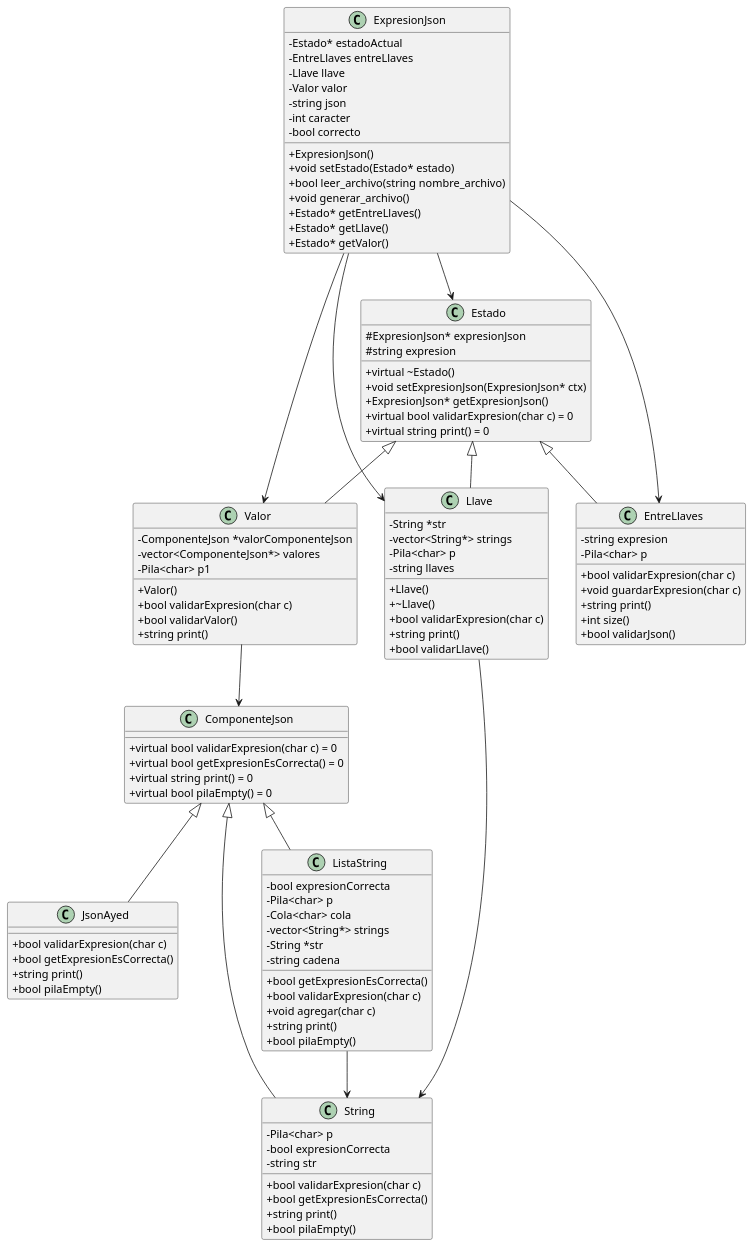
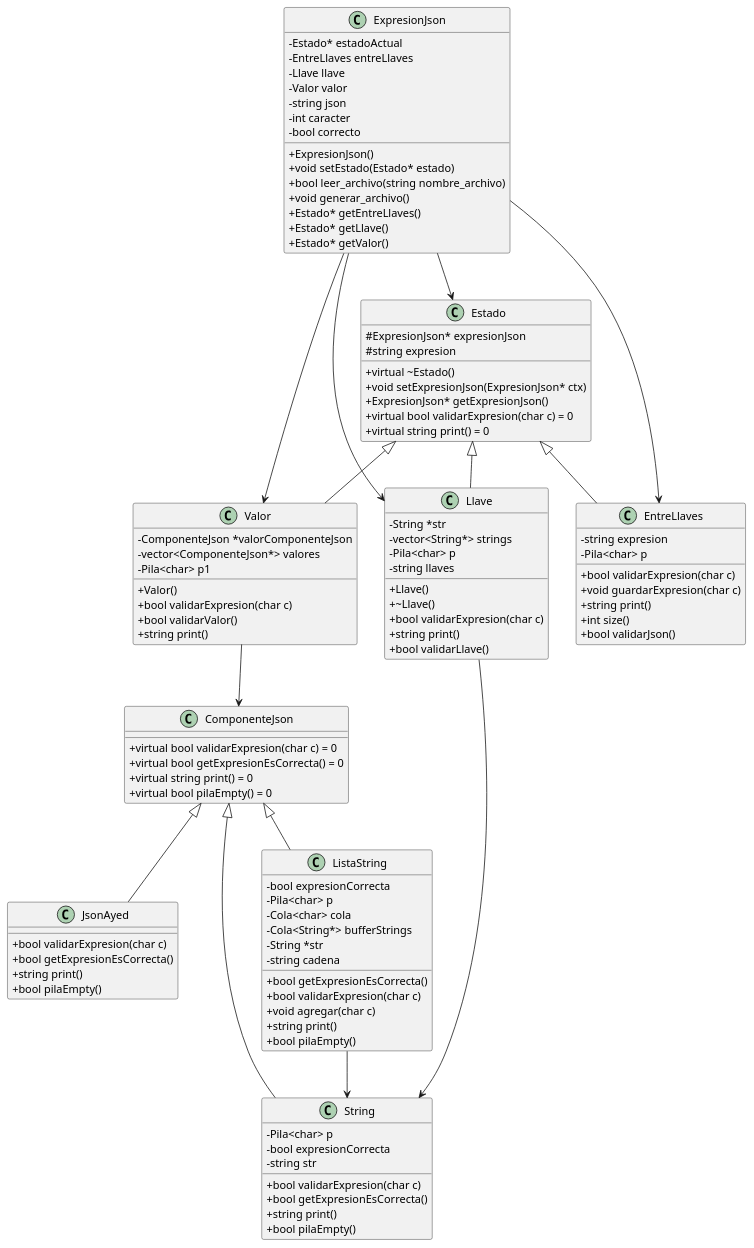
Before and after one commit to Fede108/Algoritmos-y-estructura-de-Datos: the diagram in Primer_Parcial/diagrama.puml, drawn with PlantUML. The commit also changed 17 other files, not shown here.

```diff
--- a/Primer_Parcial/diagrama.puml
+++ b/Primer_Parcial/diagrama.puml
@@ -1,114 +1,114 @@
 @startuml diagrama
 skinparam classAttributeIconSize 0
 
 class ComponenteJson {
     +virtual bool validarExpresion(char c) = 0
     +virtual bool getExpresionEsCorrecta() = 0
     +virtual string print() = 0
     +virtual bool pilaEmpty() = 0
 }
 
 class JsonAyed {
     +bool validarExpresion(char c)
     +bool getExpresionEsCorrecta()
     +string print()
     +bool pilaEmpty()
 }
 
 class String {
     -Pila<char> p
     -bool expresionCorrecta
     -string str
     +bool validarExpresion(char c)
     +bool getExpresionEsCorrecta()
     +string print()
     +bool pilaEmpty()
 }
 
 class ListaString {
     -bool expresionCorrecta
     -Pila<char> p
     -Cola<char> cola
-    -vector<String*> strings
+    -Cola<String*> bufferStrings
     -String *str
     -string cadena
     +bool getExpresionEsCorrecta()
     +bool validarExpresion(char c)
     +void agregar(char c)
     +string print()
     +bool pilaEmpty()
 }
 
 class Estado {
     #ExpresionJson* expresionJson
     #string expresion
     +virtual ~Estado()
     +void setExpresionJson(ExpresionJson* ctx)
     +ExpresionJson* getExpresionJson()
     +virtual bool validarExpresion(char c) = 0
     +virtual string print() = 0
 }
 
 class EntreLlaves {
     -string expresion
     -Pila<char> p
     +bool validarExpresion(char c)
     +void guardarExpresion(char c)
     +string print()
     +int size()
     +bool validarJson()
 }
 
 class Llave {
     -String *str
     -vector<String*> strings
     -Pila<char> p
     -string llaves
     +Llave()
     +~Llave()
     +bool validarExpresion(char c)
     +string print()
     +bool validarLlave()
 }
 
 class Valor {
     -ComponenteJson *valorComponenteJson
     -vector<ComponenteJson*> valores
     -Pila<char> p1
     +Valor()
     +bool validarExpresion(char c)
     +bool validarValor()
     +string print()
 }
 
 class ExpresionJson {
     -Estado* estadoActual
     -EntreLlaves entreLlaves
     -Llave llave
     -Valor valor
     -string json
     -int caracter
     -bool correcto
     +ExpresionJson()
     +void setEstado(Estado* estado)
     +bool leer_archivo(string nombre_archivo)
     +void generar_archivo()
     +Estado* getEntreLlaves()
     +Estado* getLlave()
     +Estado* getValor()
 }
 
 ComponenteJson <|-- JsonAyed
 ComponenteJson <|-- String
 ComponenteJson <|-- ListaString
 Estado <|-- EntreLlaves
 Estado <|-- Llave
 Estado <|-- Valor
 ExpresionJson --> Estado
 ExpresionJson --> EntreLlaves
 ExpresionJson --> Llave
 ExpresionJson --> Valor
 ListaString --> String
 Llave --> String
 Valor --> ComponenteJson
 @enduml
```
